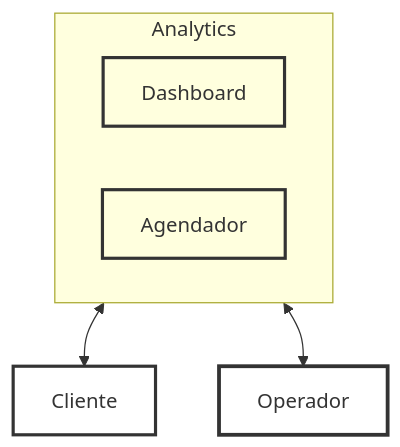
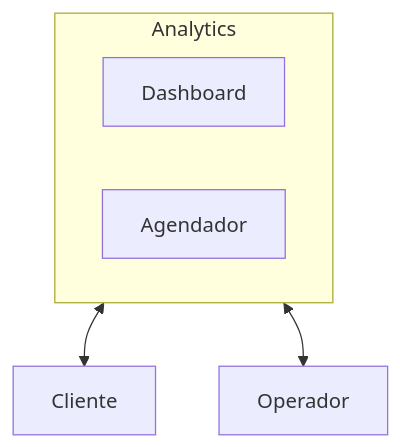
One commit to FormigTeen/spec-arch changed the seventh of 9 diagrams in README.md. Above: the diagram before and after it, drawn with Mermaid. The commit also changed other lines of this file and 1 other file, not shown here.

````diff
--- a/README.md
+++ b/README.md
@@ -267,16 +246,13 @@
 ```mermaid
 flowchart TB
-  classDef comp fill:transparent,stroke:#333,stroke-width:2.5px,color:#333
-  classDef compCore fill:transparent,stroke:#333,stroke-width:3px,color:#333
+  CLI[Cliente]
+  OPER[Operador]
 
-  CLI["Cliente"]:::comp
-  OPER["Operador"]:::compCore
-
-  subgraph ANALYTICS["Analytics"]
-    DASH["Dashboard"]:::comp
-    SCHED["Agendador"]:::comp
+  subgraph ANALYTICS[Analytics]
+    DASH[Dashboard]
+    SCHED[Agendador]
   end
 
   ANALYTICS <--> CLI
   ANALYTICS <--> OPER
 ```
````
